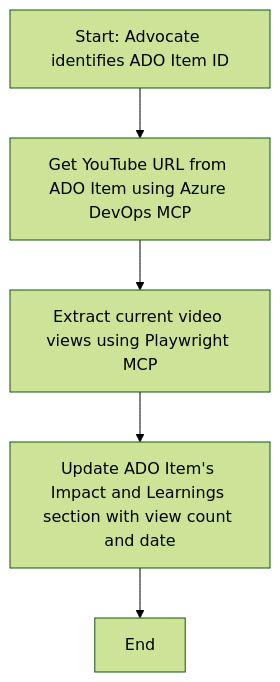
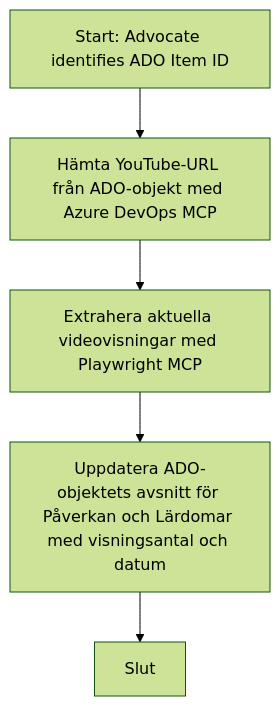
The diagram in translations/sv/09-CaseStudy/UpdateADOItemsFromYT.md (Mu-L/mcp-for-beginners), drawn with Mermaid (forest theme) before and after one commit. The commit also changed other lines of this file and 110 other files, not shown here.

````diff
--- a/translations/sv/09-CaseStudy/UpdateADOItemsFromYT.md
+++ b/translations/sv/09-CaseStudy/UpdateADOItemsFromYT.md
@@ -39,7 +39,7 @@
 ```mermaid
 flowchart TD
-    A[Start: Advocate identifies ADO Item ID] --> B[Get YouTube URL from ADO Item using Azure DevOps MCP]
-    B --> C[Extract current video views using Playwright MCP]
-    C --> D[Update ADO Item's Impact and Learnings section with view count and date]
-    D --> E[End]
+    A[Start: Advocate identifies ADO Item ID] --> B[Hämta YouTube-URL från ADO-objekt med Azure DevOps MCP]
+    B --> C[Extrahera aktuella videovisningar med Playwright MCP]
+    C --> D[Uppdatera ADO-objektets avsnitt för Påverkan och Lärdomar med visningsantal och datum]
+    D --> E[Slut]
 ```
````
